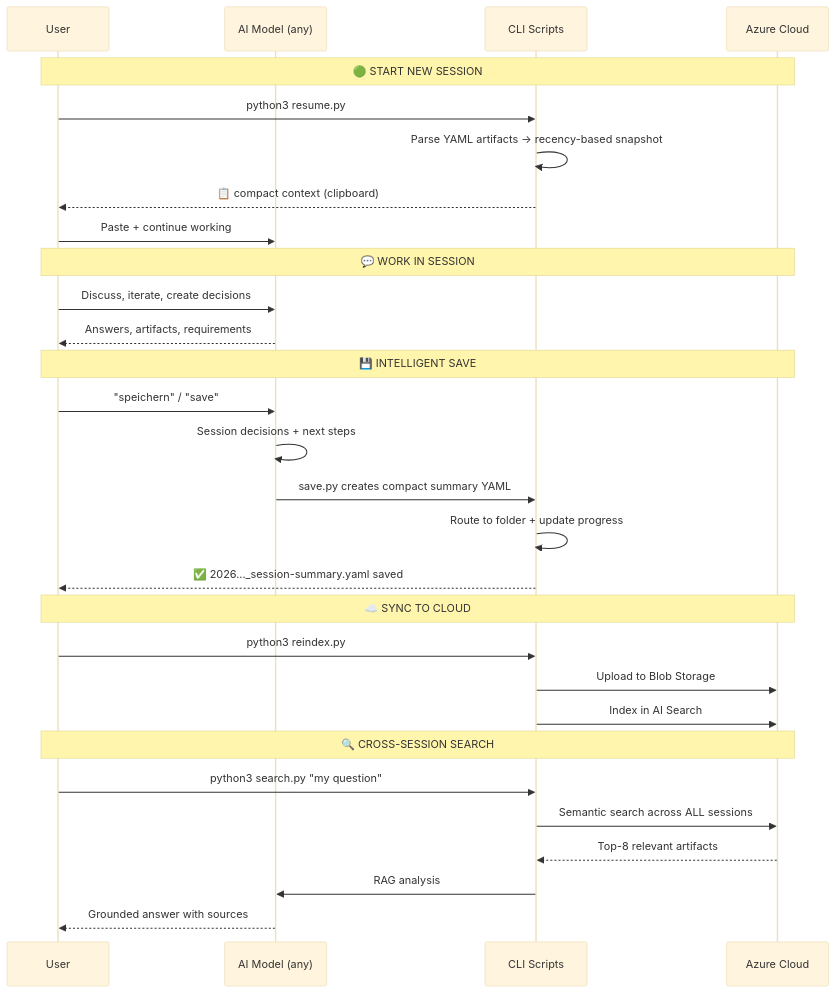
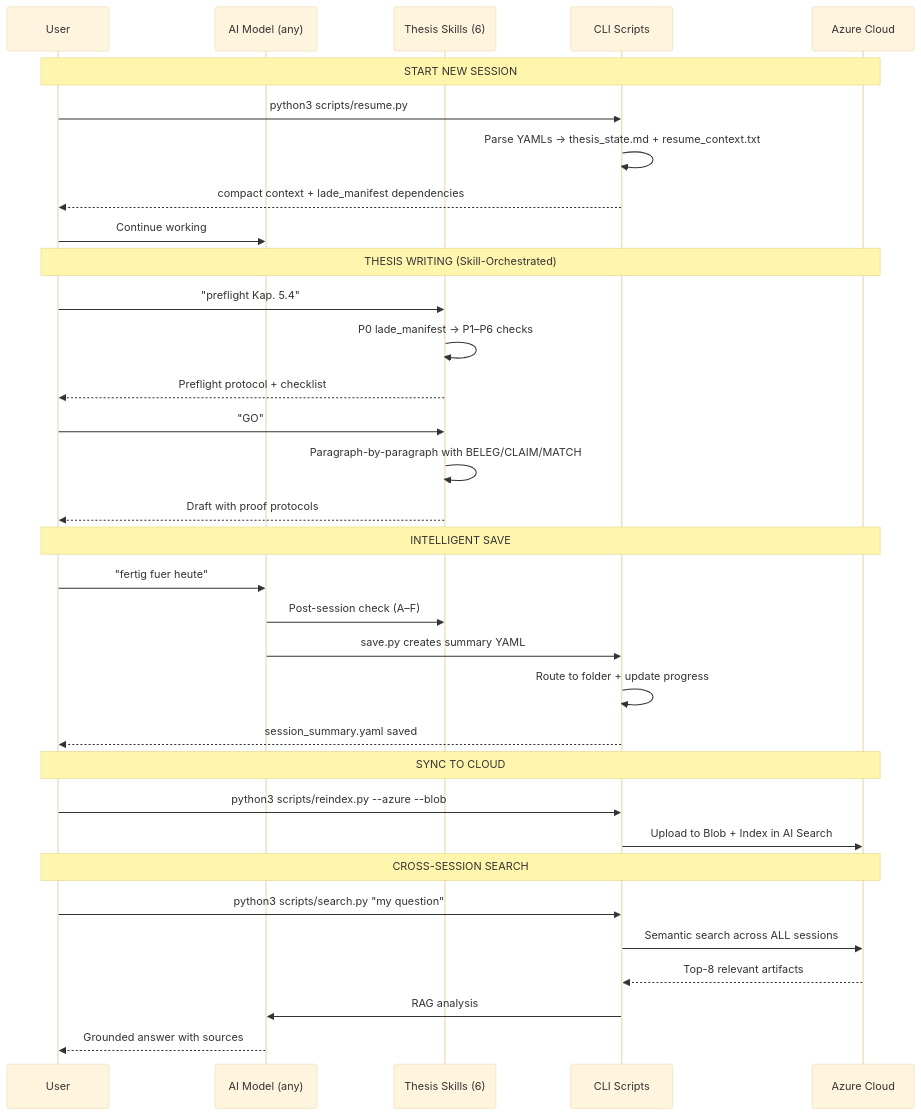
Before and after one commit to MustDemir/ai-context-vault: the third of 3 diagrams in README.md, drawn with Mermaid (base theme). The commit also changed other lines of this file and 33 other files, not shown here.

Commit message:
feat: refresh thesis workflow assets and skills

````diff
--- a/README.md
+++ b/README.md
@@ -161,36 +202,40 @@
 ```mermaid
 sequenceDiagram
     participant User
     participant AI as AI Model (any)
+    participant Skills as Thesis Skills (6)
     participant Scripts as CLI Scripts
     participant Azure as Azure Cloud
 
-    Note over User,Azure: 🟢 START NEW SESSION
-    User->>Scripts: python3 resume.py
-    Scripts->>Scripts: Parse YAML artifacts → recency-based snapshot
-    Scripts-->>User: 📋 compact context (clipboard)
-    User->>AI: Paste + continue working
+    Note over User,Azure: START NEW SESSION
+    User->>Scripts: python3 scripts/resume.py
+    Scripts->>Scripts: Parse YAMLs → thesis_state.md + resume_context.txt
+    Scripts-->>User: compact context + lade_manifest dependencies
+    User->>AI: Continue working
 
-    Note over User,Azure: 💬 WORK IN SESSION
-    User->>AI: Discuss, iterate, create decisions
-    AI-->>User: Answers, artifacts, requirements
+    Note over User,Azure: THESIS WRITING (Skill-Orchestrated)
+    User->>Skills: "preflight Kap. 5.4"
+    Skills->>Skills: P0 lade_manifest → P1–P6 checks
+    Skills-->>User: Preflight protocol + checklist
+    User->>Skills: "GO"
+    Skills->>Skills: Paragraph-by-paragraph with BELEG/CLAIM/MATCH
+    Skills-->>User: Draft with proof protocols
 
-    Note over User,Azure: 💾 INTELLIGENT SAVE
-    User->>AI: "speichern" / "save"
-    AI->>AI: Session decisions + next steps
-    AI->>Scripts: save.py creates compact summary YAML
+    Note over User,Azure: INTELLIGENT SAVE
+    User->>AI: "fertig fuer heute"
+    AI->>Skills: Post-session check (A–F)
+    AI->>Scripts: save.py creates summary YAML
     Scripts->>Scripts: Route to folder + update progress
-    Scripts-->>User: ✅ 2026..._session-summary.yaml saved
+    Scripts-->>User: session_summary.yaml saved
 
-    Note over User,Azure: ☁️ SYNC TO CLOUD
-    User->>Scripts: python3 reindex.py
-    Scripts->>Azure: Upload to Blob Storage
-    Scripts->>Azure: Index in AI Search
+    Note over User,Azure: SYNC TO CLOUD
+    User->>Scripts: python3 scripts/reindex.py --azure --blob
+    Scripts->>Azure: Upload to Blob + Index in AI Search
 
-    Note over User,Azure: 🔍 CROSS-SESSION SEARCH
-    User->>Scripts: python3 search.py "my question"
+    Note over User,Azure: CROSS-SESSION SEARCH
+    User->>Scripts: python3 scripts/search.py "my question"
     Scripts->>Azure: Semantic search across ALL sessions
     Azure-->>Scripts: Top-8 relevant artifacts
     Scripts->>AI: RAG analysis
     AI-->>User: Grounded answer with sources
 ```
````
